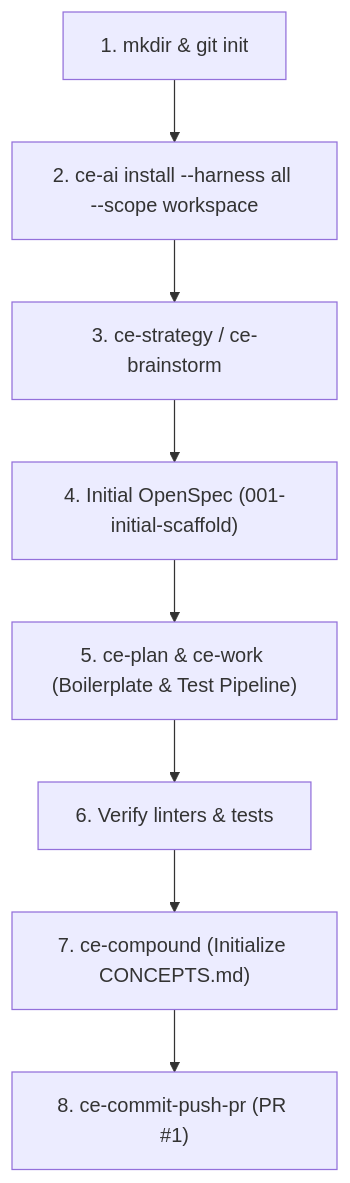
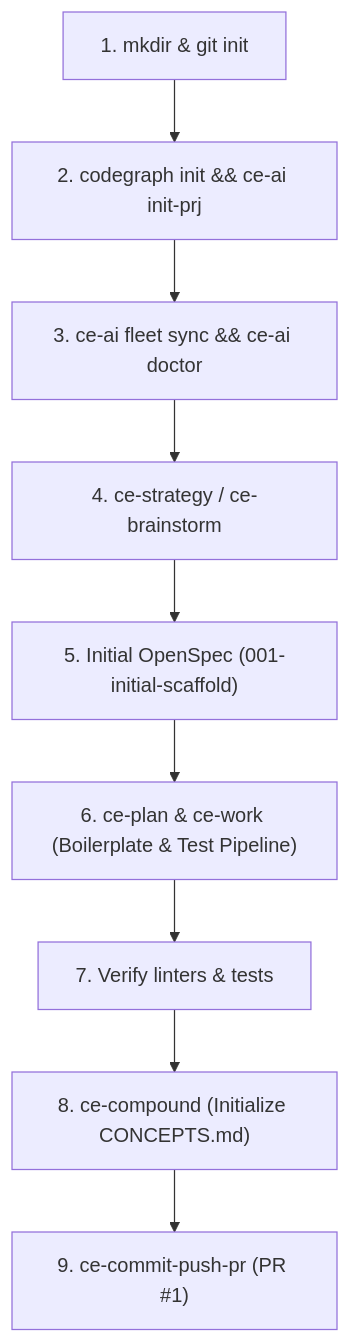
The sixth of 9 diagrams in docs/user-guide/quick-start-workflow-guide.md (mastepanoski/ce-ai), drawn with Mermaid before and after one commit. The commit also changed other lines of this file and 12 other files, not shown here.

````diff
--- a/docs/user-guide/quick-start-workflow-guide.md
+++ b/docs/user-guide/quick-start-workflow-guide.md
@@ -212,10 +215,11 @@
 ```mermaid
 flowchart TD
-    INIT["1. mkdir & git init"] --> INST["2. ce-ai install --harness all --scope workspace"]
-    INST --> STRAT["3. ce-strategy / ce-brainstorm"]
-    STRAT --> SPEC["4. Initial OpenSpec (001-initial-scaffold)"]
-    SPEC --> PLAN["5. ce-plan & ce-work (Boilerplate & Test Pipeline)"]
-    PLAN --> VERIFY["6. Verify linters & tests"]
-    VERIFY --> COMP["7. ce-compound (Initialize CONCEPTS.md)"]
-    COMP --> SHIP["8. ce-commit-push-pr (PR #1)"]
+    INIT["1. mkdir & git init"] --> ADOPT["2. codegraph init && ce-ai init-prj"]
+    ADOPT --> FLEET["3. ce-ai fleet sync && ce-ai doctor"]
+    FLEET --> STRAT["4. ce-strategy / ce-brainstorm"]
+    STRAT --> SPEC["5. Initial OpenSpec (001-initial-scaffold)"]
+    SPEC --> PLAN["6. ce-plan & ce-work (Boilerplate & Test Pipeline)"]
+    PLAN --> VERIFY["7. Verify linters & tests"]
+    VERIFY --> COMP["8. ce-compound (Initialize CONCEPTS.md)"]
+    COMP --> SHIP["9. ce-commit-push-pr (PR #1)"]
 ```
````
